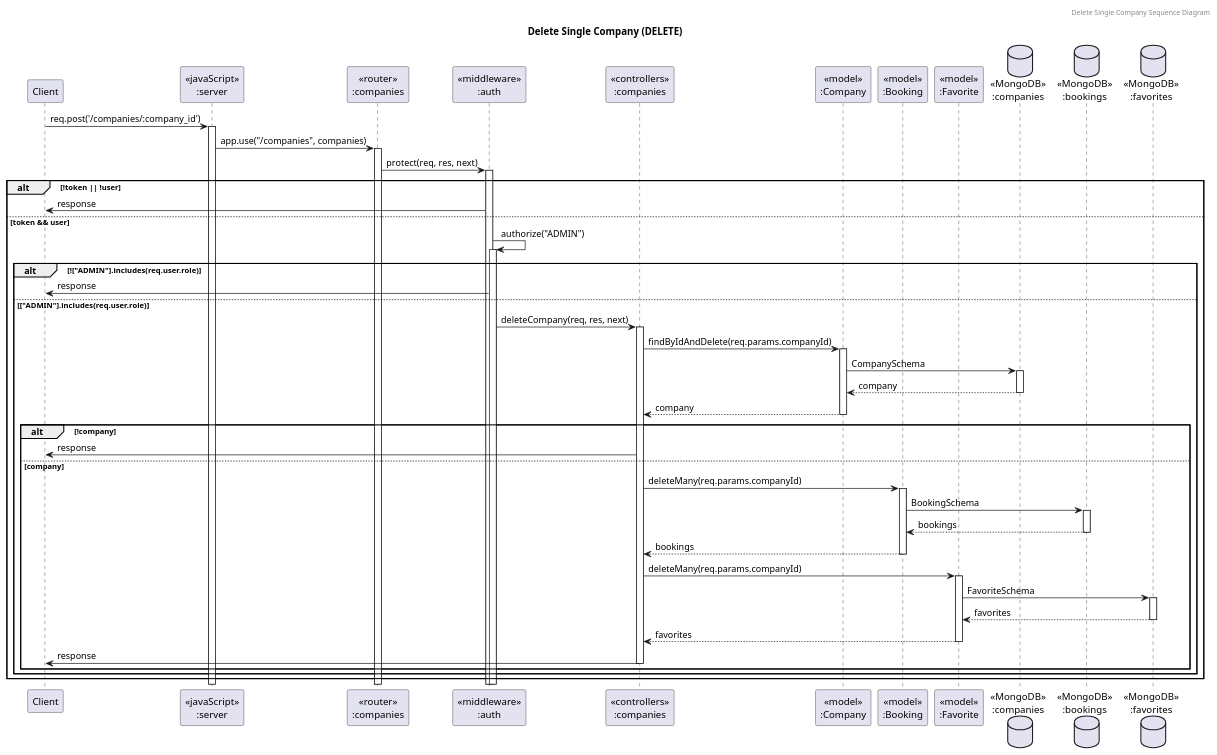
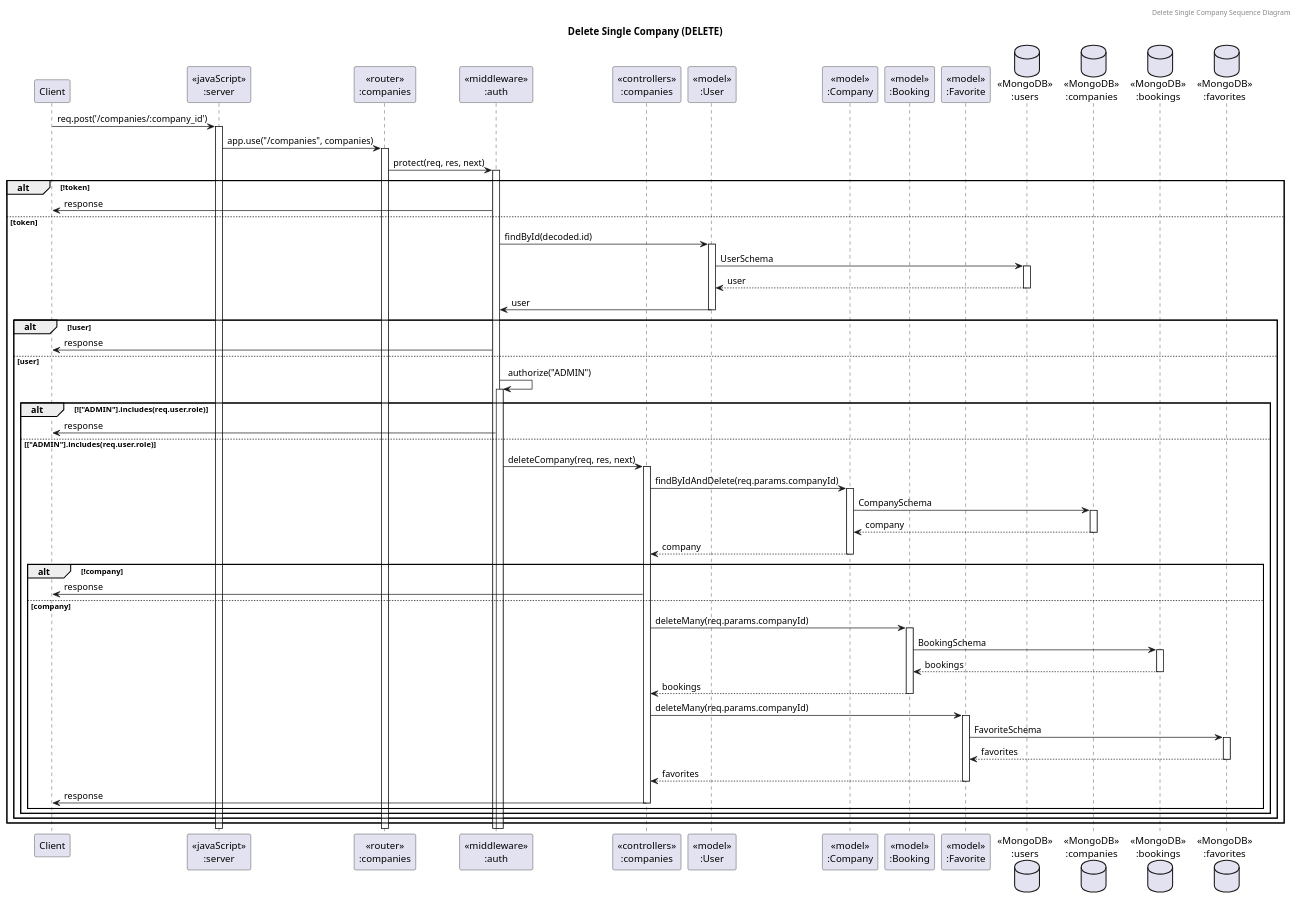
Before and after one commit to its144prelationship-study/swdevprac-project: the diagram in diagrams/sequence_diagram/company/delete_single_company.puml, drawn with PlantUML. The commit also changed 30 other files, not shown here.

Commit message:
fix: fix middleware sequence diagram

```diff
--- a/diagrams/sequence_diagram/company/delete_single_company.puml
+++ b/diagrams/sequence_diagram/company/delete_single_company.puml
@@ -1,49 +1,59 @@
 @startuml Delete Single Company (DELETE)
 
 header Delete Single Company Sequence Diagram
 title "Delete Single Company (DELETE)"
 
 participant "Client" as client
 participant "<<javaScript>>\n:server" as server
 participant "<<router>>\n:companies" as routerCompanies
 participant "<<middleware>>\n:auth" as authMiddleware
 participant "<<controllers>>\n:companies" as controllersCompanies
+participant "<<model>>\n:User" as modelUser
 participant "<<model>>\n:Company" as modelCompanies
 participant "<<model>>\n:Booking" as modelBookings
 participant "<<model>>\n:Favorite" as modelFavorites
+database "<<MongoDB>>\n:users" as UsersDatabase
 database "<<MongoDB>>\n:companies" as CompaniesDatabase
 database "<<MongoDB>>\n:bookings" as BookingsDatabase
 database "<<MongoDB>>\n:favorites" as FavoritesDatabase
 
 client -> server ++:req.post('/companies/:company_id')
 server -> routerCompanies ++:app.use("/companies", companies)
 routerCompanies -> authMiddleware ++:protect(req, res, next)
-alt !token || !user
+alt !token 
     authMiddleware -> client :response
-else token && user
-    authMiddleware -> authMiddleware ++:authorize("ADMIN")
-    alt !["ADMIN"].includes(req.user.role)
+else token
+    authMiddleware -> modelUser ++:findById(decoded.id)
+    modelUser -> UsersDatabase ++: UserSchema
+    UsersDatabase --> modelUser --: user
+    modelUser -> authMiddleware --: user
+    alt !user
         authMiddleware -> client :response
-    else ["ADMIN"].includes(req.user.role)
-        authMiddleware -> controllersCompanies ++:deleteCompany(req, res, next)
-        controllersCompanies -> modelCompanies ++:findByIdAndDelete(req.params.companyId)
-        modelCompanies -> CompaniesDatabase ++: CompanySchema
-        CompaniesDatabase --> modelCompanies --: company
-        controllersCompanies <-- modelCompanies --: company
-        alt !company
-            controllersCompanies -> client : response
-        else company
-            controllersCompanies -> modelBookings ++:deleteMany(req.params.companyId)
-            modelBookings -> BookingsDatabase ++: BookingSchema
-            BookingsDatabase --> modelBookings --: bookings
-            controllersCompanies <-- modelBookings --: bookings
-            controllersCompanies -> modelFavorites ++:deleteMany(req.params.companyId)
-            modelFavorites -> FavoritesDatabase ++: FavoriteSchema
-            FavoritesDatabase --> modelFavorites --: favorites
-            controllersCompanies <-- modelFavorites --: favorites
-            controllersCompanies -> client --: response
+    else user
+        authMiddleware -> authMiddleware ++:authorize("ADMIN")
+        alt !["ADMIN"].includes(req.user.role)
+            authMiddleware -> client :response
+        else ["ADMIN"].includes(req.user.role)
+            authMiddleware -> controllersCompanies ++:deleteCompany(req, res, next)
+            controllersCompanies -> modelCompanies ++:findByIdAndDelete(req.params.companyId)
+            modelCompanies -> CompaniesDatabase ++: CompanySchema
+            CompaniesDatabase --> modelCompanies --: company
+            controllersCompanies <-- modelCompanies --: company
+            alt !company
+                controllersCompanies -> client : response
+            else company
+                controllersCompanies -> modelBookings ++:deleteMany(req.params.companyId)
+                modelBookings -> BookingsDatabase ++: BookingSchema
+                BookingsDatabase --> modelBookings --: bookings
+                controllersCompanies <-- modelBookings --: bookings
+                controllersCompanies -> modelFavorites ++:deleteMany(req.params.companyId)
+                modelFavorites -> FavoritesDatabase ++: FavoriteSchema
+                FavoritesDatabase --> modelFavorites --: favorites
+                controllersCompanies <-- modelFavorites --: favorites
+                controllersCompanies -> client --: response
+            end
         end
     end
 end
 
 @enduml
```
